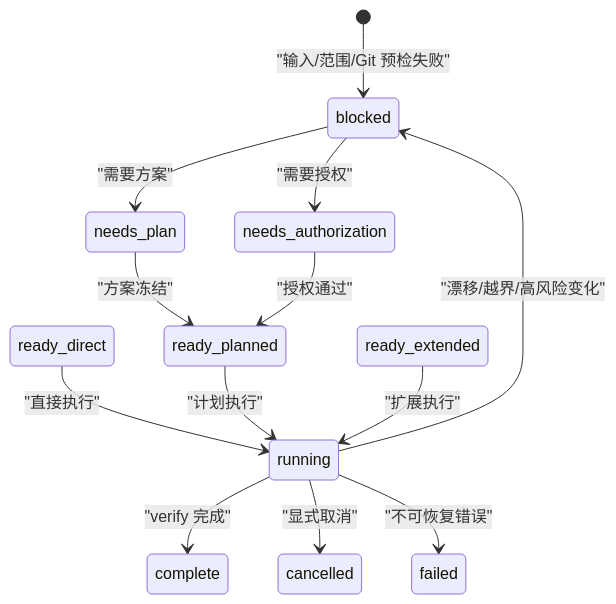
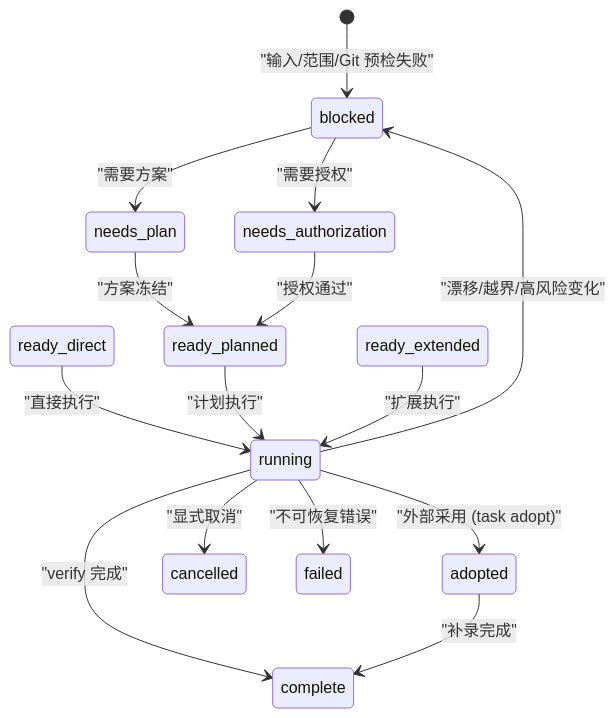
Before and after one commit to HackSing/docs-harness: the third of 12 diagrams in .qoder/repowiki/zh/content/任务管理/任务管理.md, drawn with Mermaid. The commit also changed other lines of this file and 40 other files, not shown here.

````diff
--- a/.qoder/repowiki/zh/content/任务管理/任务管理.md
+++ b/.qoder/repowiki/zh/content/任务管理/任务管理.md
@@ -110,15 +122,17 @@
 ```mermaid
 stateDiagram-v2
 [*] --> blocked : "输入/范围/Git 预检失败"
 blocked --> needs_plan : "需要方案"
 blocked --> needs_authorization : "需要授权"
 needs_plan --> ready_planned : "方案冻结"
 needs_authorization --> ready_planned : "授权通过"
 ready_direct --> running : "直接执行"
 ready_planned --> running : "计划执行"
 ready_extended --> running : "扩展执行"
 running --> complete : "verify 完成"
+running --> adopted : "外部采用 (task adopt)"
+adopted --> complete : "补录完成"
 running --> cancelled : "显式取消"
 running --> failed : "不可恢复错误"
 running --> blocked : "漂移/越界/高风险变化"
 ```
````
